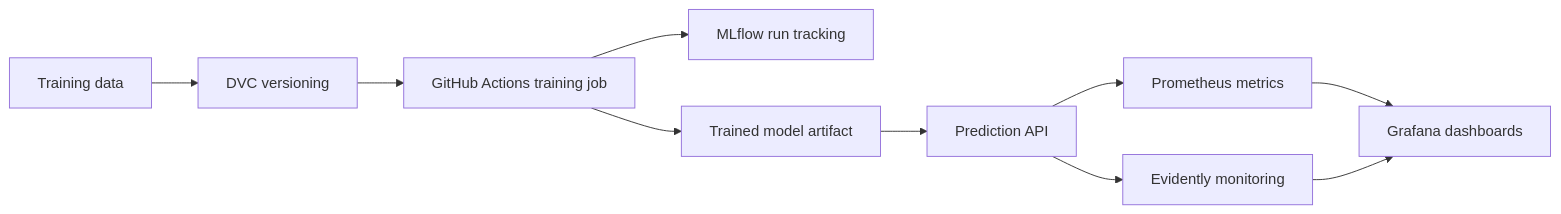
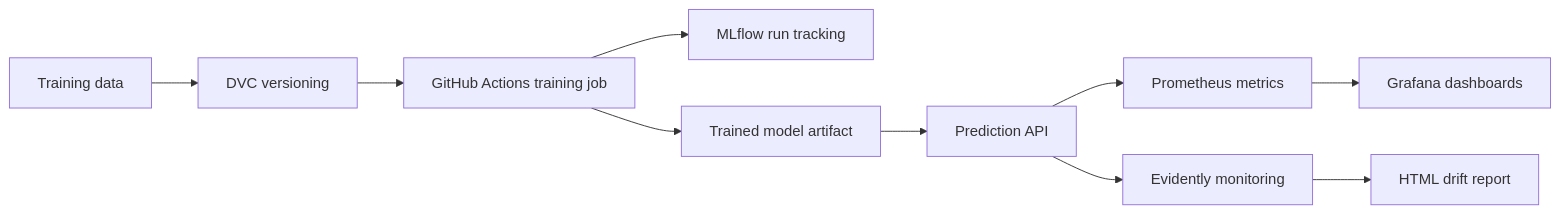
One commit to bootcampyoussef/mle-mlops-project changed the diagram in README.md. Above: the diagram before and after it, drawn with Mermaid. The commit also changed other lines of this file and 25 other files, not shown here.

````diff
--- a/README.md
+++ b/README.md
@@ -23,12 +41,12 @@
 ```mermaid
 flowchart LR
     A["Training data"] --> B["DVC versioning"]
     B --> C["GitHub Actions training job"]
     C --> D["MLflow run tracking"]
     C --> E["Trained model artifact"]
     E --> F["Prediction API"]
     F --> G["Prometheus metrics"]
     F --> H["Evidently monitoring"]
     G --> I["Grafana dashboards"]
-    H --> I
+    H --> J["HTML drift report"]
 ```
````
